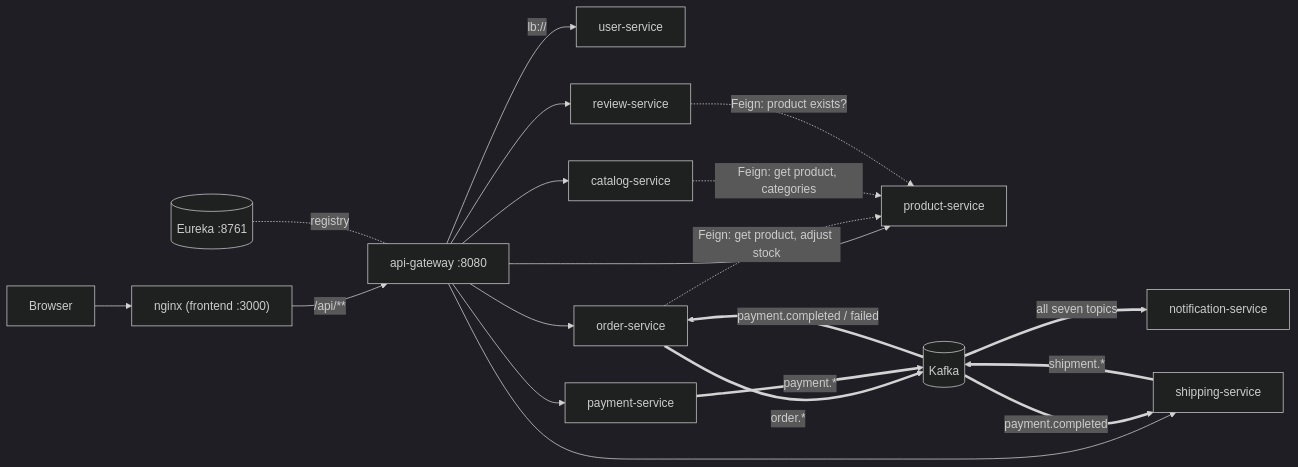
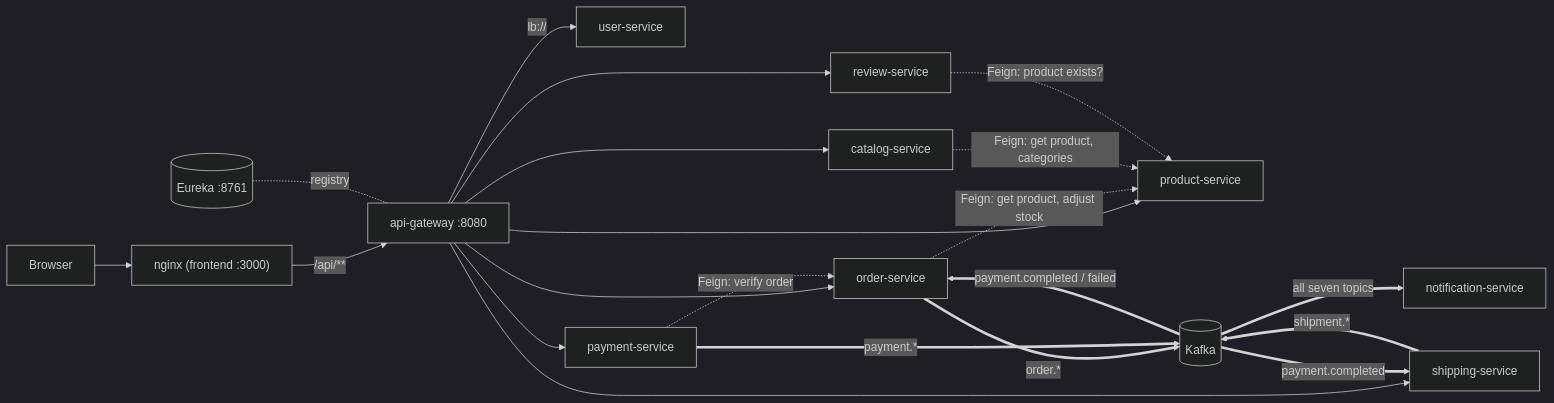
Before and after one commit to bmcnpnr/ecommerce-platform: the diagram in docs/communication.md, drawn with Mermaid (dark theme). The commit also changed other lines of this file and 58 other files, not shown here.

````diff
--- a/docs/communication.md
+++ b/docs/communication.md
@@ -10,22 +10,23 @@
 ```mermaid
 flowchart LR
     B[Browser] --> NX["nginx (frontend :3000)"]
     NX -- "/api/**" --> GW["api-gateway :8080"]
     GW -- "lb://" --> US[user-service]
     GW --> PRS[product-service]
     GW --> CS[catalog-service]
     GW --> OS[order-service]
     GW --> PS[payment-service]
     GW --> SS[shipping-service]
     GW --> RS[review-service]
     OS -. "Feign: get product, adjust stock" .-> PRS
     CS -. "Feign: get product, categories" .-> PRS
     RS -. "Feign: product exists?" .-> PRS
+    PS -. "Feign: verify order" .-> OS
     OS == "order.*" ==> K[(Kafka)]
     PS == "payment.*" ==> K
     SS == "shipment.*" ==> K
     K == "payment.completed / failed" ==> OS
     K == "payment.completed" ==> SS
     K == "all seven topics" ==> NS[notification-service]
     E[(Eureka :8761)] -. "registry" .- GW
 ```
````
